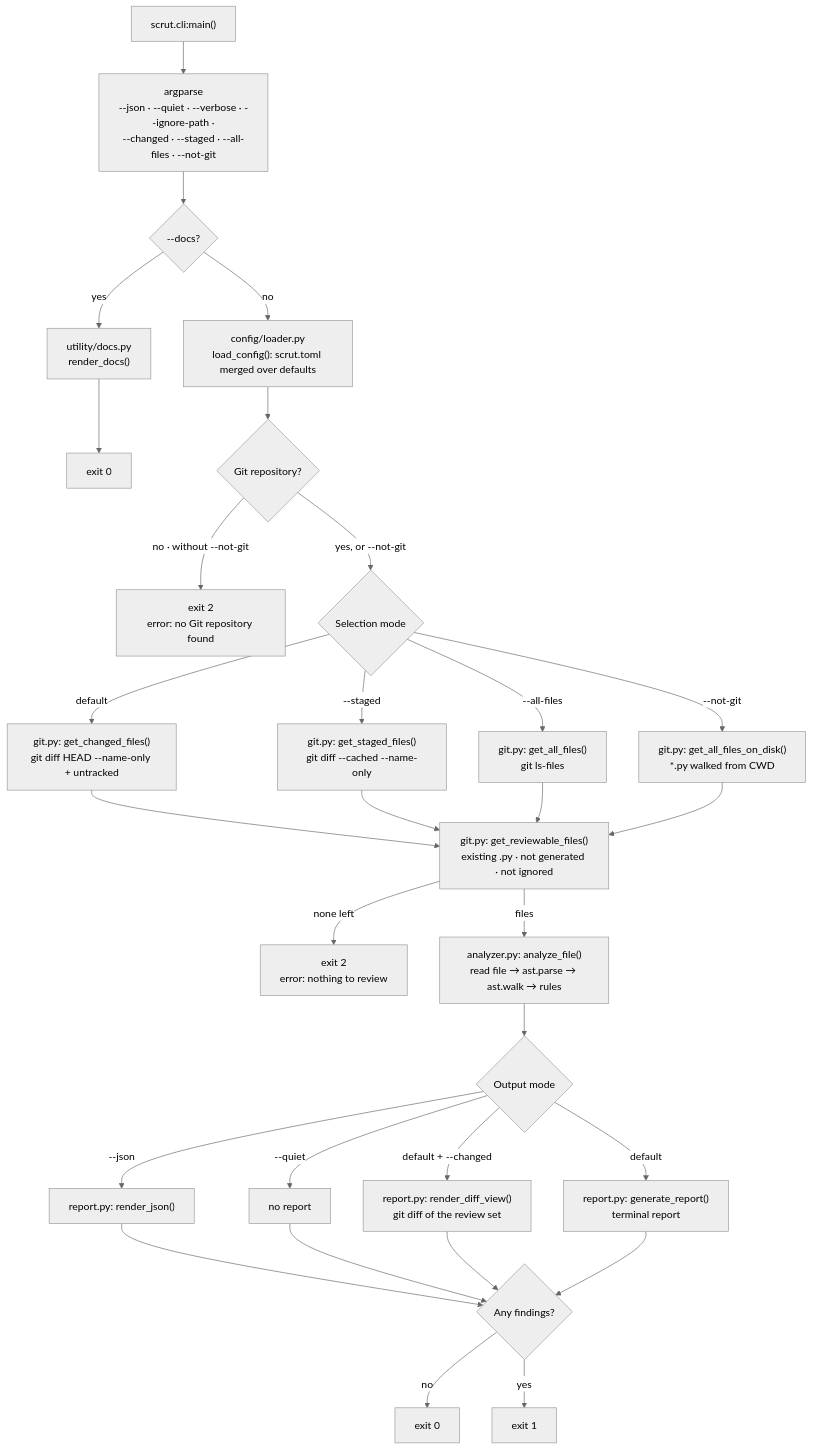
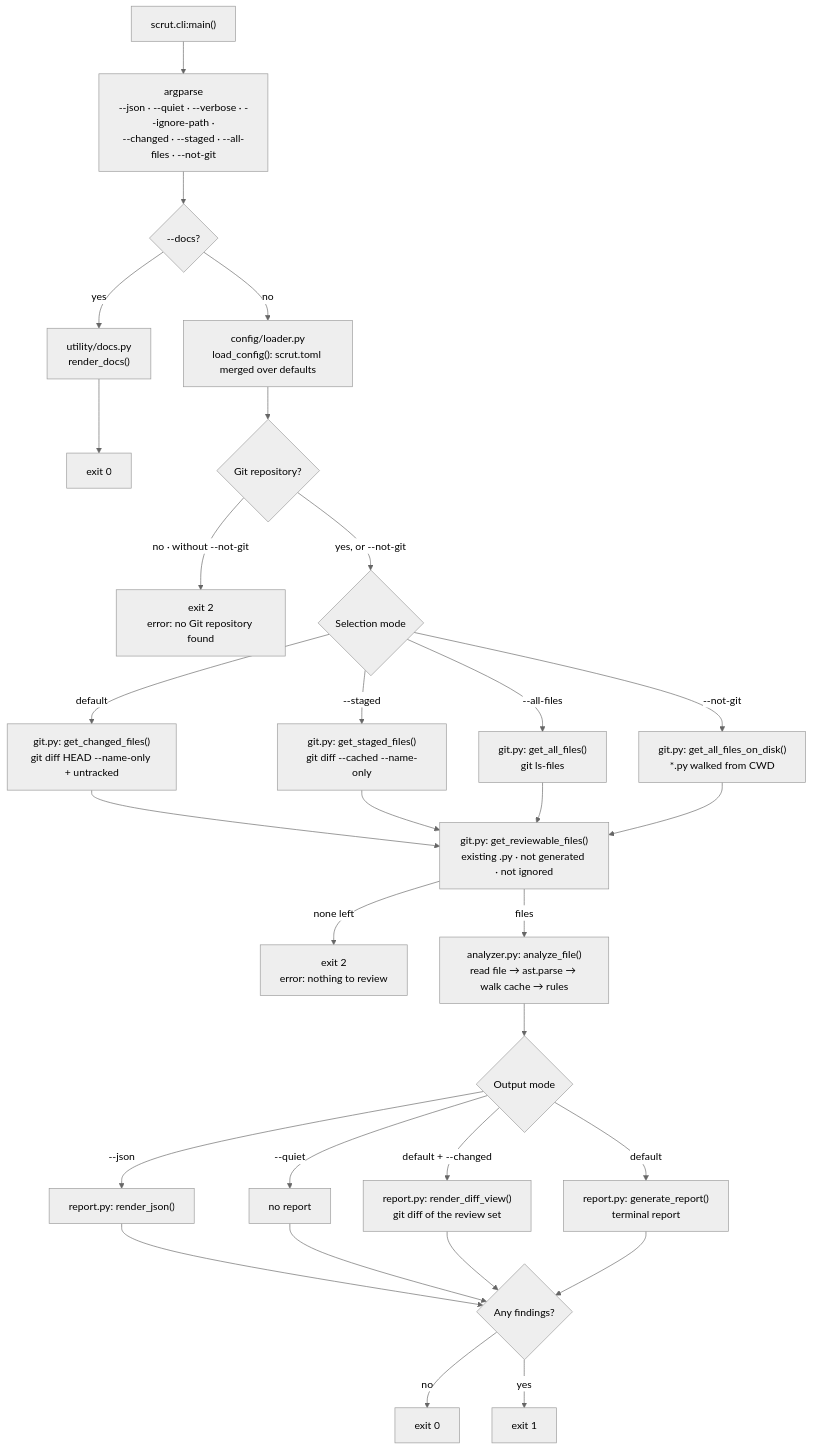
The first of 2 diagrams in README.md (mukundzha/avouch), drawn with Mermaid (neutral theme) before and after one commit. The commit also changed other lines of this file and 1 other file, not shown here.

````diff
--- a/README.md
+++ b/README.md
@@ -833,32 +841,32 @@
 ```mermaid
 flowchart TD
     M["scrut.cli:main()"] --> P["argparse<br/>--json · --quiet · --verbose · --ignore-path ·<br/>--changed · --staged · --all-files · --not-git"]
     P --> PD{"--docs?"}
     PD -- "yes" --> D["utility/docs.py<br/>render_docs()"]
     D --> X0["exit 0"]
     PD -- "no" --> C["config/loader.py<br/>load_config(): scrut.toml merged over defaults"]
     C --> G{"Git repository?"}
     G -- "no · without --not-git" --> EX2A["exit 2<br/>error: no Git repository found"]
     G -- "yes, or --not-git" --> S{"Selection mode"}
     S -- "--not-git" --> F4["git.py: get_all_files_on_disk()<br/>*.py walked from CWD"]
     S -- "--all-files" --> F3["git.py: get_all_files()<br/>git ls-files"]
     S -- "--staged" --> F2["git.py: get_staged_files()<br/>git diff --cached --name-only"]
     S -- "default" --> F1["git.py: get_changed_files()<br/>git diff HEAD --name-only + untracked"]
     F1 --> R["git.py: get_reviewable_files()<br/>existing .py · not generated · not ignored"]
     F2 --> R
     F3 --> R
     F4 --> R
     R -- "none left" --> EX2B["exit 2<br/>error: nothing to review"]
-    R -- "files" --> A["analyzer.py: analyze_file()<br/>read file → ast.parse → ast.walk → rules"]
+    R -- "files" --> A["analyzer.py: analyze_file()<br/>read file → ast.parse → walk cache → rules"]
     A --> O{"Output mode"}
     O -- "--json" --> J["report.py: render_json()"]
     O -- "--quiet" --> Q["no report"]
     O -- "default + --changed" --> DIF["report.py: render_diff_view()<br/>git diff of the review set"]
     O -- "default" --> H["report.py: generate_report()<br/>terminal report"]
     J --> E{"Any findings?"}
     Q --> E
     DIF --> E
     H --> E
     E -- "no" --> EX0["exit 0"]
     E -- "yes" --> EX1["exit 1"]
 ```
````
